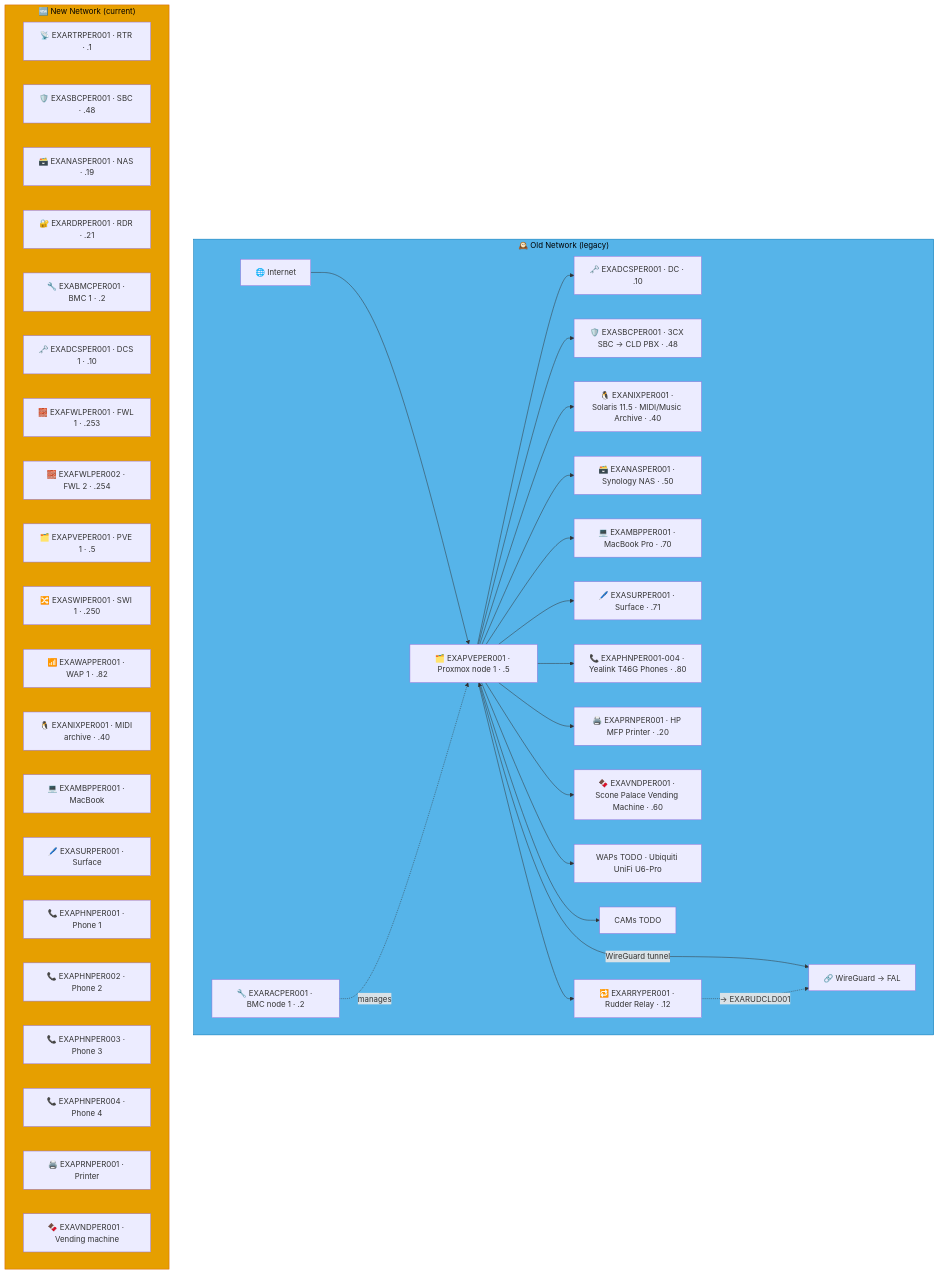
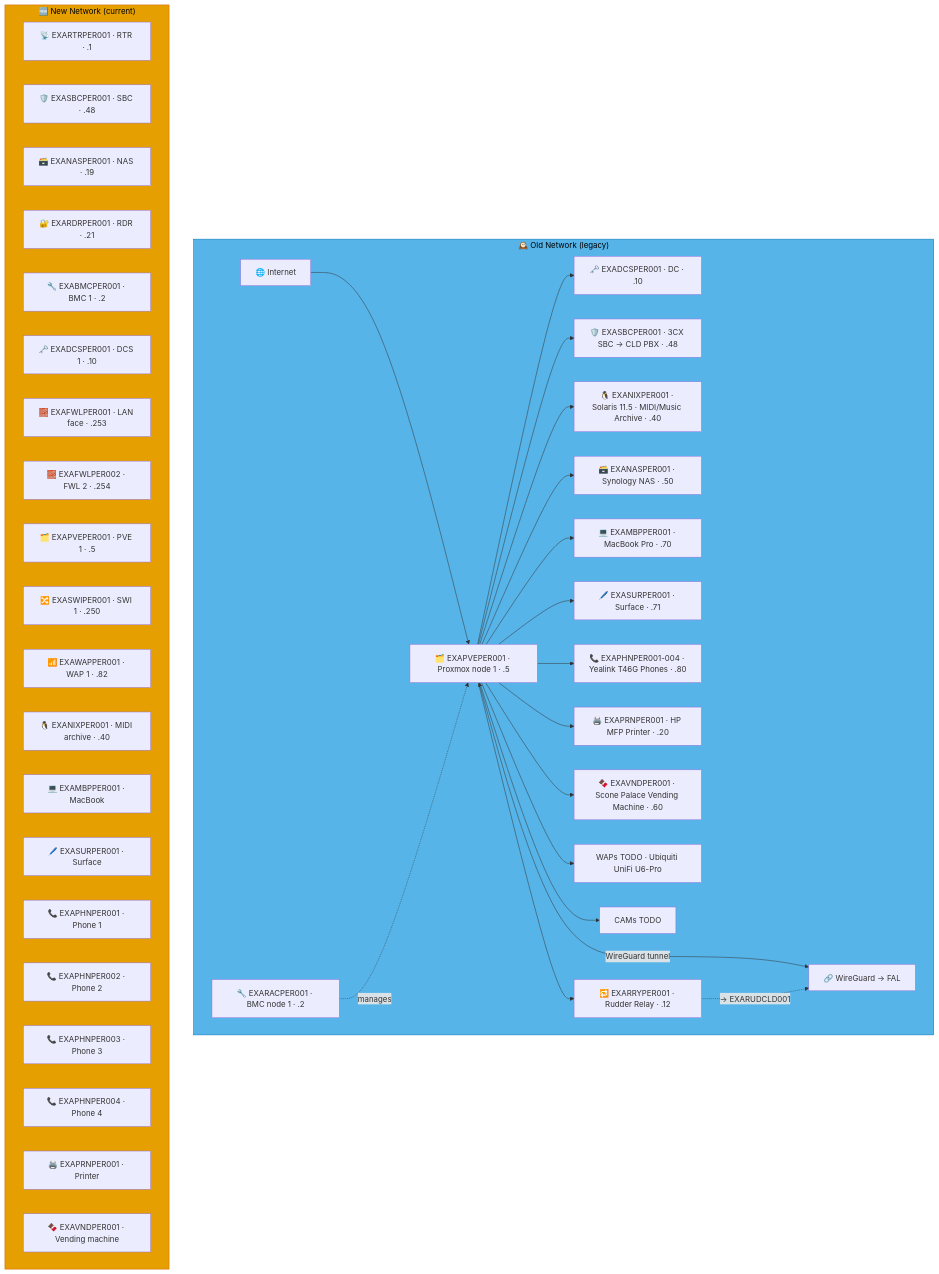
Before and after one commit to knightmare2600/example_music_infra: the sixth of 7 diagrams in docs/network-diagram/scotland.md, drawn with Mermaid. The commit also changed other lines of this file and 17 other files, not shown here.

````diff
--- a/docs/network-diagram/scotland.md
+++ b/docs/network-diagram/scotland.md
@@ -418,56 +418,56 @@
 ```mermaid
 graph TD
     subgraph OLD_PER ["🕰️ Old Network (legacy)"]
       INET["🌐 Internet"]
       RAC["🔧 EXARACPER001 · BMC node 1 · .2"]
       PVE["🗂️ EXAPVEPER001 · Proxmox node 1 · .5"]
       DC["🗝️ EXADCSPER001 · DC · .10"]
       SBC["🛡️ EXASBCPER001 · 3CX SBC → CLD PBX · .48"]
       RRY["🔁 EXARRYPER001 · Rudder Relay · .12"]
       NIX["🐧 EXANIXPER001 · Solaris 11.5 · MIDI/Music Archive · .40"]
       NAS["🗃️ EXANASPER001 · Synology NAS · .50"]
       MBP["💻 EXAMBPPER001 · MacBook Pro · .70"]
       SUR["🖊️ EXASURPER001 · Surface · .71"]
       PHN["📞 EXAPHNPER001-004 · Yealink T46G Phones · .80"]
       PRN["🖨️ EXAPRNPER001 · HP MFP Printer · .20"]
       VND["🍫 EXAVNDPER001 · Scone Palace Vending Machine · .60"]
       WAP["WAPs TODO · Ubiquiti UniFi U6-Pro"]
       CAM["CAMs TODO"]
       VPN["🔗 WireGuard → FAL"]
 
       INET --> PVE
       PVE --> DC & SBC & NIX & NAS
       RAC -.->|"manages"| PVE
       PVE --> MBP & SUR & PHN & PRN & VND & WAP & CAM
       PVE <-->|"WireGuard tunnel"| VPN
 
       PVE --> RRY
       RRY -. "→ EXARUDCLD001" .-> VPN
     end
     style OLD_PER fill:#56B4E9,stroke:#0072B2,color:#000000
     %% GENERATED:NEW-NETWORK:PER:START
     subgraph NEW_PER ["🆕 New Network (current)"]
       N_RTR["📡 EXARTRPER001 · RTR · .1"]
       N_SBC["🛡️ EXASBCPER001 · SBC · .48"]
       N_NAS["🗃️ EXANASPER001 · NAS · .19"]
       N_RDR["🔐 EXARDRPER001 · RDR · .21"]
       N_BMC["🔧 EXABMCPER001 · BMC 1 · .2"]
       N_DCS["🗝️ EXADCSPER001 · DCS 1 · .10"]
-      N_FWL["🧱 EXAFWLPER001 · FWL 1 · .253"]
+      N_FWL["🧱 EXAFWLPER001 · LAN face · .253"]
       N_FWL2["🧱 EXAFWLPER002 · FWL 2 · .254"]
       N_PVE["🗂️ EXAPVEPER001 · PVE 1 · .5"]
       N_SWI["🔀 EXASWIPER001 · SWI 1 · .250"]
       N_WAP["📶 EXAWAPPER001 · WAP 1 · .82"]
       N_NIX["🐧 EXANIXPER001 · MIDI archive · .40"]
       N_MBP["💻 EXAMBPPER001 · MacBook"]
       N_SUR["🖊️ EXASURPER001 · Surface"]
       N_PHN["📞 EXAPHNPER001 · Phone 1"]
       N_PHN2["📞 EXAPHNPER002 · Phone 2"]
       N_PHN3["📞 EXAPHNPER003 · Phone 3"]
       N_PHN4["📞 EXAPHNPER004 · Phone 4"]
       N_PRN["🖨️ EXAPRNPER001 · Printer"]
       N_VND["🍫 EXAVNDPER001 · Vending machine"]
     end
     style NEW_PER fill:#E69F00,stroke:#D55E00,color:#000000
     %% GENERATED:NEW-NETWORK:PER:END
 ```
````
